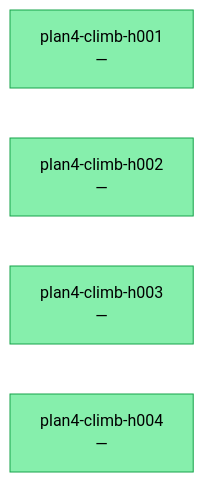
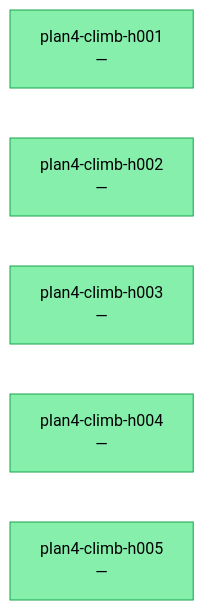
Before and after one commit to uukuguy/asterion: the diagram in docs/status/climb/research-tree.md, drawn with Mermaid. The commit also changed other lines of this file and 6 other files, not shown here.

````diff
--- a/docs/status/climb/research-tree.md
+++ b/docs/status/climb/research-tree.md
@@ -37,15 +38,17 @@
 ```mermaid
 graph LR
     classDef sota fill:#4ade80,stroke:#15803d,color:#000
     classDef confirmed fill:#86efac,stroke:#16a34a,color:#000
     classDef falsified fill:#fca5a5,stroke:#b91c1c,color:#000
     classDef pending fill:#fde68a,stroke:#a16207,color:#000
     plan4_climb_h001["plan4-climb-h001<br/>—"]
     class plan4_climb_h001 confirmed
     plan4_climb_h002["plan4-climb-h002<br/>—"]
     class plan4_climb_h002 confirmed
     plan4_climb_h003["plan4-climb-h003<br/>—"]
     class plan4_climb_h003 confirmed
     plan4_climb_h004["plan4-climb-h004<br/>—"]
     class plan4_climb_h004 confirmed
+    plan4_climb_h005["plan4-climb-h005<br/>—"]
+    class plan4_climb_h005 confirmed
 ```
````
